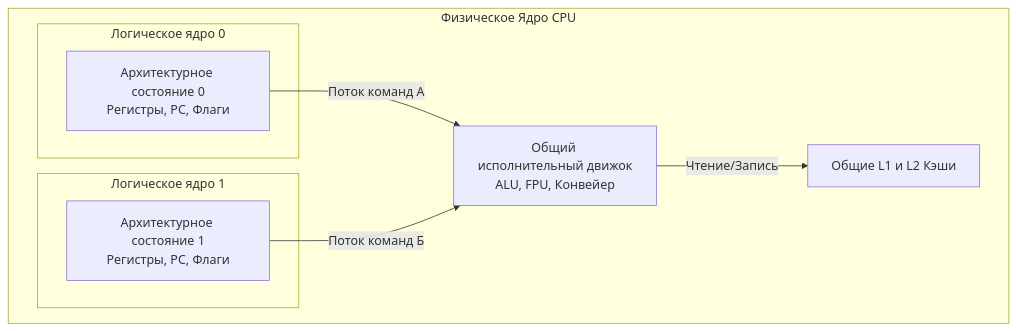
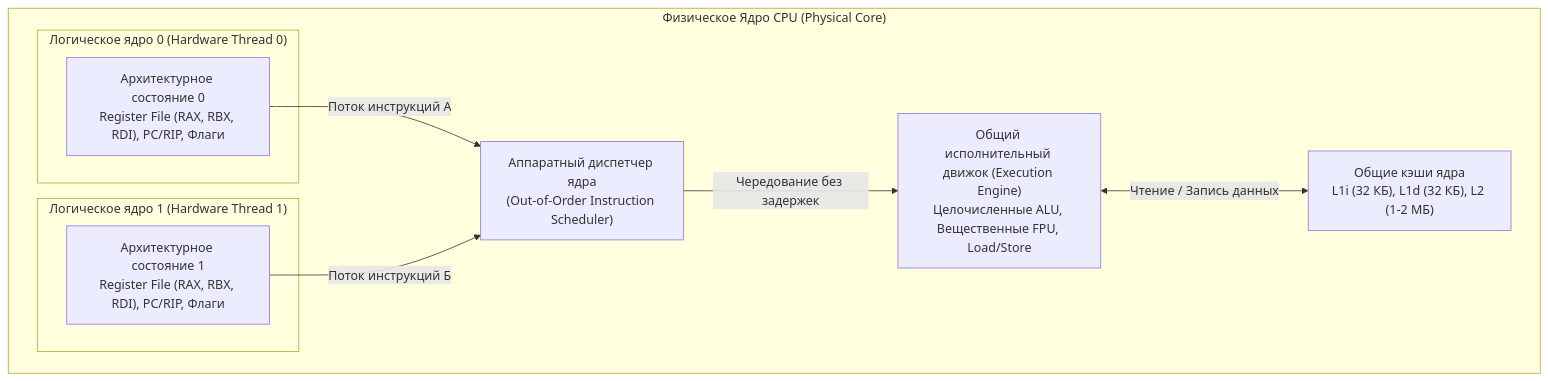
One commit to UnrealTemplier/go-textbook changed the diagram in sources/1. Архитектура компьютера/32. Hyper Threading и SMT.md. Above: the diagram before and after it, drawn with Mermaid. The commit also changed other lines of this file, not shown here.

````diff
--- a/sources/1. Архитектура компьютера/32. Hyper Threading и SMT.md
+++ b/sources/1. Архитектура компьютера/32. Hyper Threading и SMT.md
@@ -39,17 +54,20 @@
 ```mermaid
 flowchart TD
-    subgraph Core["Физическое Ядро CPU"]
-        subgraph L0["Логическое ядро 0"]
-            State0["Архитектурное состояние 0<br>Регистры, PC, Флаги"]
+    subgraph Core["Физическое Ядро CPU (Physical Core)"]
+        subgraph L0["Логическое ядро 0 (Hardware Thread 0)"]
+            State0["Архитектурное состояние 0<br>Register File (RAX, RBX, RDI), PC/RIP, Флаги"]
         end
-        subgraph L1["Логическое ядро 1"]
-            State1["Архитектурное состояние 1<br>Регистры, PC, Флаги"]
+        subgraph L1["Логическое ядро 1 (Hardware Thread 1)"]
+            State1["Архитектурное состояние 1<br>Register File (RAX, RBX, RDI), PC/RIP, Флаги"]
         end
-        Exec["Общий исполнительный движок<br>ALU, FPU, Конвейер"]
-        Cache["Общие L1 и L2 Кэши"]
         
-        State0-->|"Поток команд А"|Exec
-        State1-->|"Поток команд Б"|Exec
-        Exec-->|"Чтение/Запись"|Cache
+        Sched["Аппаратный диспетчер ядра<br>(Out-of-Order Instruction Scheduler)"]
+        Exec["Общий исполнительный движок (Execution Engine)<br>Целочисленные ALU, Вещественные FPU, Load/Store"]
+        Cache["Общие кэши ядра<br>L1i (32 КБ), L1d (32 КБ), L2 (1-2 МБ)"]
+        
+        State0 -->|"Поток инструкций А"| Sched
+        State1 -->|"Поток инструкций Б"| Sched
+        Sched -->|"Чередование без задержек"| Exec
+        Exec <-->|"Чтение / Запись данных"| Cache
     end
 ```
````
